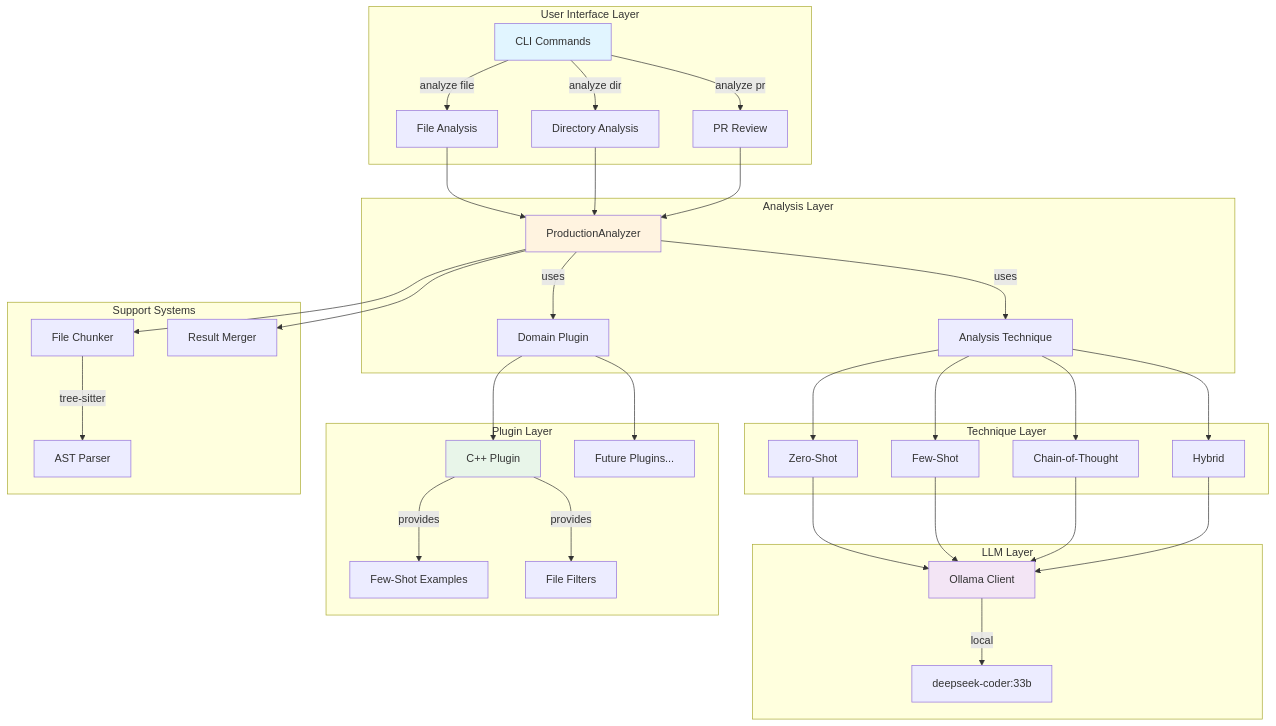
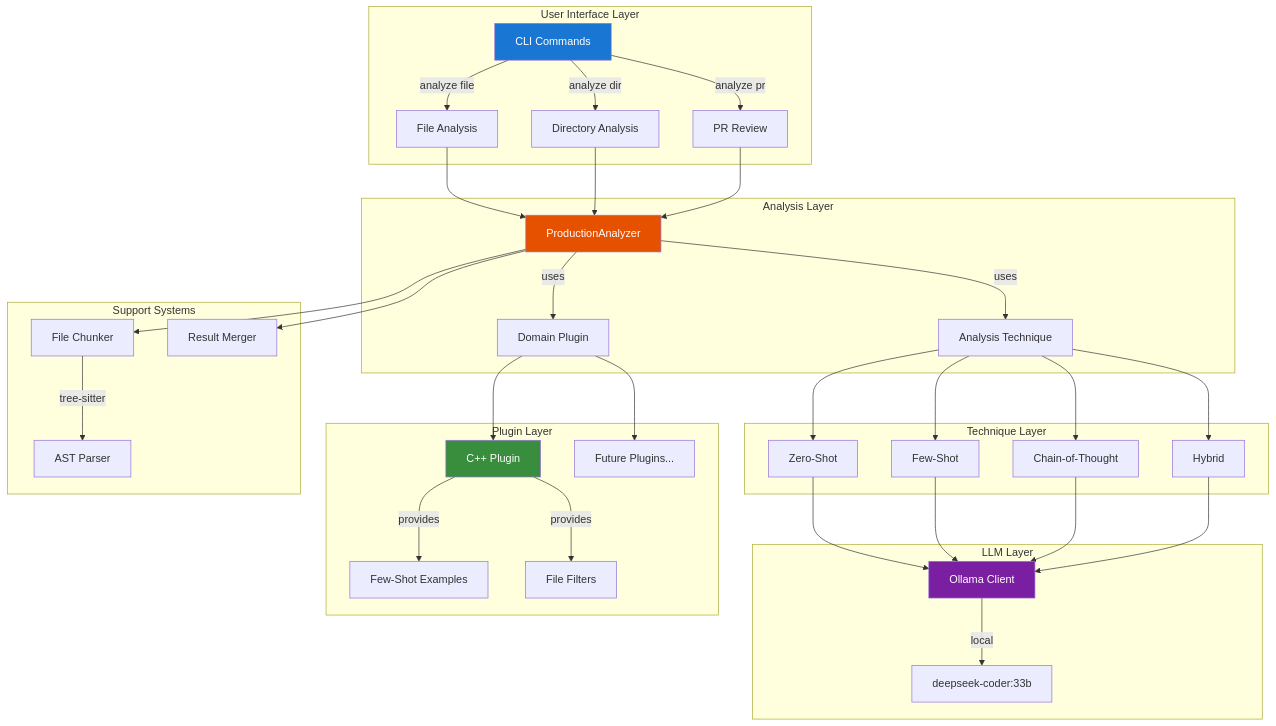
One commit to ApeachM/llm-code-reviewer changed the first of 9 diagrams in docs/architecture/overview.md. Above: the diagram before and after it, drawn with Mermaid. The commit also changed other lines of this file and 2 other files, not shown here.

First line of the commit message:
docs: Update Mermaid diagram colors for improved dark theme readability

````diff
--- a/docs/architecture/overview.md
+++ b/docs/architecture/overview.md
@@ -43,50 +43,50 @@
 ```mermaid
 graph TB
     subgraph "User Interface Layer"
         CLI[CLI Commands]
         CLI --> |analyze file| FileCmd[File Analysis]
         CLI --> |analyze dir| DirCmd[Directory Analysis]
         CLI --> |analyze pr| PRCmd[PR Review]
     end
 
     subgraph "Analysis Layer"
         FileCmd --> PA[ProductionAnalyzer]
         DirCmd --> PA
         PRCmd --> PA
         PA --> |uses| Plugin[Domain Plugin]
         PA --> |uses| Technique[Analysis Technique]
     end
 
     subgraph "Technique Layer"
         Technique --> ZS[Zero-Shot]
         Technique --> FS[Few-Shot]
         Technique --> CoT[Chain-of-Thought]
         Technique --> Hybrid[Hybrid]
     end
 
     subgraph "LLM Layer"
         ZS --> Ollama[Ollama Client]
         FS --> Ollama
         CoT --> Ollama
         Hybrid --> Ollama
         Ollama --> |local| LLM[deepseek-coder:33b]
     end
 
     subgraph "Plugin Layer"
         Plugin --> CppPlugin[C++ Plugin]
         Plugin --> FuturePlugin[Future Plugins...]
         CppPlugin --> |provides| Examples[Few-Shot Examples]
         CppPlugin --> |provides| Filters[File Filters]
     end
 
     subgraph "Support Systems"
         PA --> Chunker[File Chunker]
         Chunker --> |tree-sitter| AST[AST Parser]
         PA --> Merger[Result Merger]
     end
 
-    style CLI fill:#e1f5ff
-    style PA fill:#fff3e0
-    style Ollama fill:#f3e5f5
-    style CppPlugin fill:#e8f5e9
+    style CLI fill:#1976d2,color:#fff
+    style PA fill:#e65100,color:#fff
+    style Ollama fill:#7b1fa2,color:#fff
+    style CppPlugin fill:#388e3c,color:#fff
 ```
````
